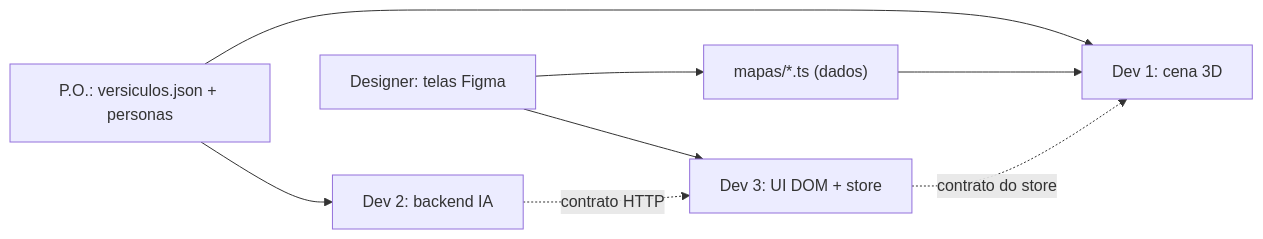
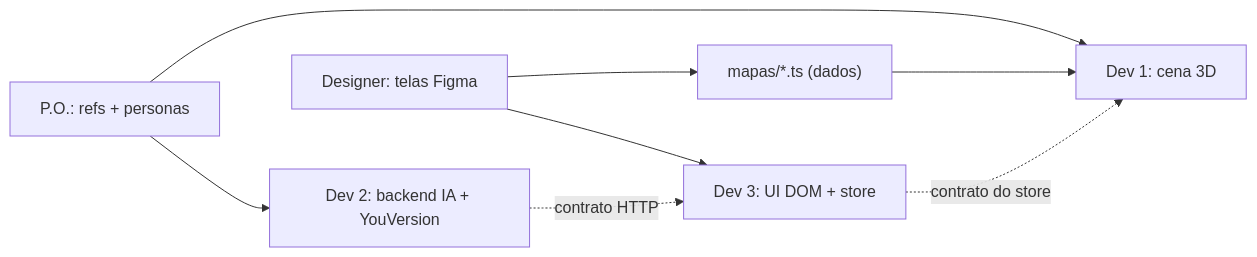
The first of 2 diagrams in plans/selah.plan.md (amen-js/Selah), drawn with Mermaid before and after one commit. The commit also changed other lines of this file and 1 other file, not shown here.

````diff
--- a/plans/selah.plan.md
+++ b/plans/selah.plan.md
@@ -142,10 +146,10 @@
 ```mermaid
 flowchart LR
-    PO["P.O.: versiculos.json + personas"] --> Dev2["Dev 2: backend IA"]
+    PO["P.O.: refs + personas"] --> Dev2["Dev 2: backend IA + YouVersion"]
     PO --> Dev1
     Design["Designer: telas Figma"] --> Dev3["Dev 3: UI DOM + store"]
     Design --> Mapas["mapas/*.ts (dados)"]
     Mapas --> Dev1["Dev 1: cena 3D"]
     Dev3 -.->|"contrato do store"| Dev1
     Dev2 -.->|"contrato HTTP"| Dev3
 ```
````
